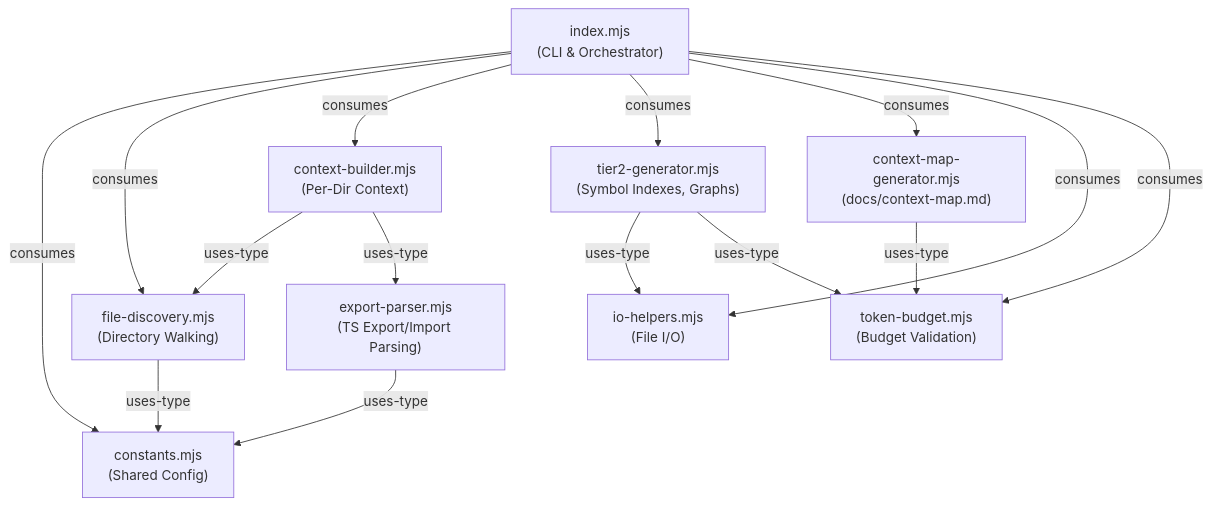
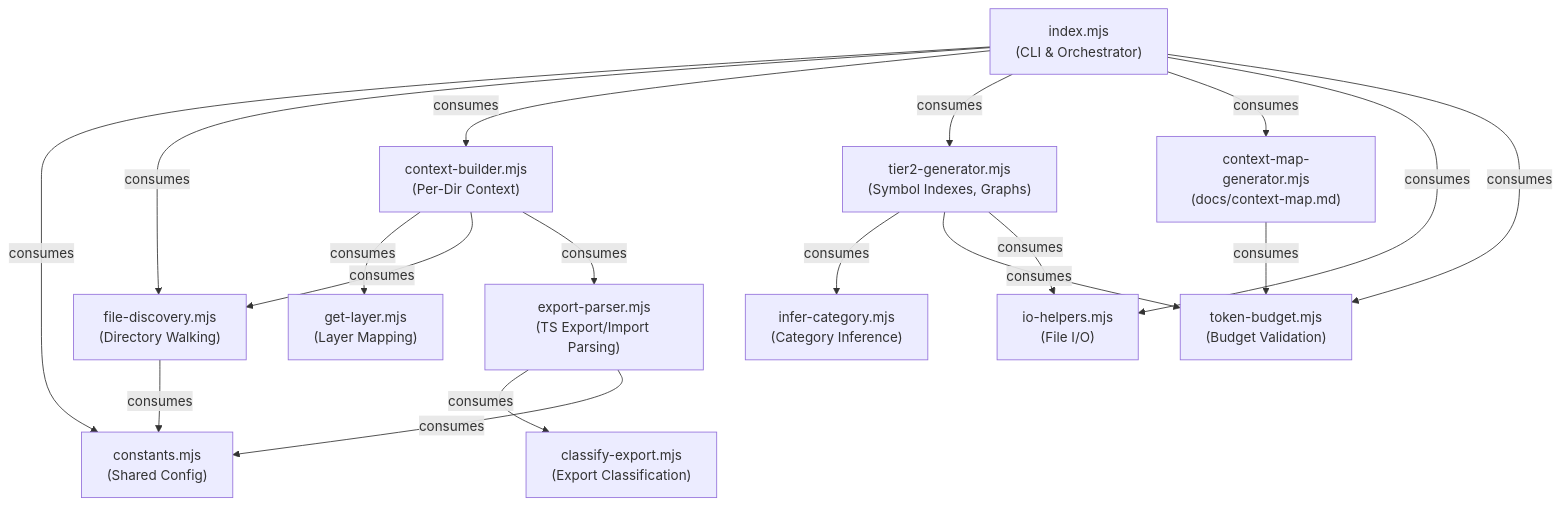
One commit to WianVDM/schema-framework changed the diagram in scripts/generate-ai-context/README.md. Above: the diagram before and after it, drawn with Mermaid. The commit also changed other lines of this file and 18 other files, not shown here.

````diff
--- a/scripts/generate-ai-context/README.md
+++ b/scripts/generate-ai-context/README.md
@@ -9,27 +9,33 @@
 ```mermaid
 graph TD
     index["index.mjs<br/>(CLI & Orchestrator)"]
     constants["constants.mjs<br/>(Shared Config)"]
     discovery["file-discovery.mjs<br/>(Directory Walking)"]
     parser["export-parser.mjs<br/>(TS Export/Import Parsing)"]
     builder["context-builder.mjs<br/>(Per-Dir Context)"]
     tier2["tier2-generator.mjs<br/>(Symbol Indexes, Graphs)"]
     cmap["context-map-generator.mjs<br/>(docs/context-map.md)"]
     io["io-helpers.mjs<br/>(File I/O)"]
     budget["token-budget.mjs<br/>(Budget Validation)"]
+    getlayer["get-layer.mjs<br/>(Layer Mapping)"]
+    classify["classify-export.mjs<br/>(Export Classification)"]
+    infer["infer-category.mjs<br/>(Category Inference)"]
 
     index -->|consumes| constants
     index -->|consumes| discovery
     index -->|consumes| builder
     index -->|consumes| tier2
     index -->|consumes| cmap
     index -->|consumes| io
     index -->|consumes| budget
-    builder -->|uses-type| discovery
-    builder -->|uses-type| parser
-    tier2 -->|uses-type| io
-    tier2 -->|uses-type| budget
-    cmap -->|uses-type| budget
-    parser -->|uses-type| constants
-    discovery -->|uses-type| constants
+    builder -->|consumes| getlayer
+    builder -->|consumes| discovery
+    builder -->|consumes| parser
+    parser -->|consumes| classify
+    parser -->|consumes| constants
+    tier2 -->|consumes| infer
+    tier2 -->|consumes| budget
+    tier2 -->|consumes| io
+    cmap -->|consumes| budget
+    discovery -->|consumes| constants
 ```
````
